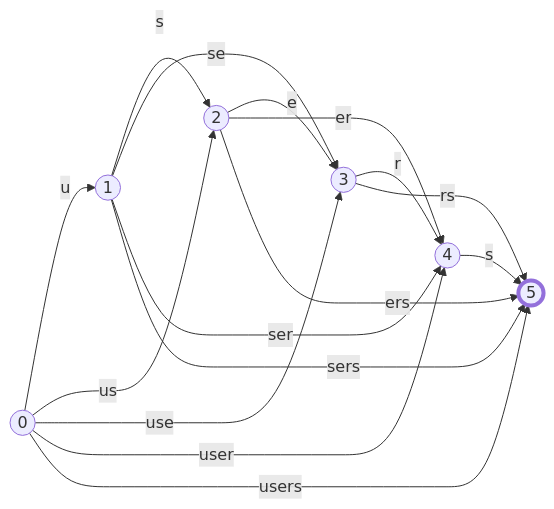
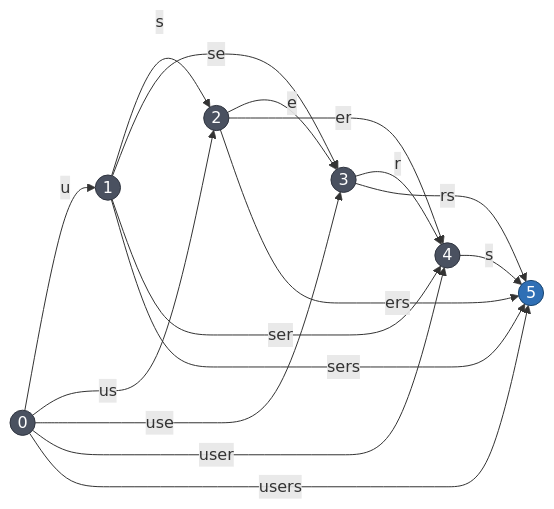
Before and after one commit to pinting/oraculum: the first of 2 diagrams in README.md, drawn with Mermaid. The commit also changed other lines of this file, not shown here.

Commit message:
Updated Mermaid graph styling and architecture diagrams in README.

````diff
--- a/README.md
+++ b/README.md
@@ -13,24 +13,27 @@
 ```mermaid
 graph LR
     n0((0)) -->|"u"| n1((1))
     n1 -->|"s"| n2((2))
     n2 -->|"e"| n3((3))
     n3 -->|"r"| n4((4))
     n4 -->|"s"| n5((5))
 
     n0 -->|"us"| n2
     n0 -->|"use"| n3
     n0 -->|"user"| n4
     n0 -->|"users"| n5
 
     n1 -->|"se"| n3
     n1 -->|"ser"| n4
     n1 -->|"sers"| n5
 
     n2 -->|"er"| n4
     n2 -->|"ers"| n5
 
     n3 -->|"rs"| n5
 
-    style n5 stroke-width:4px
+    classDef plain fill:#4a5160,stroke:#2f343f,color:#ffffff
+    classDef accent fill:#2f6fb5,stroke:#1b4670,color:#ffffff
+    class n0,n1,n2,n3,n4 plain
+    class n5 accent
 ```
````
